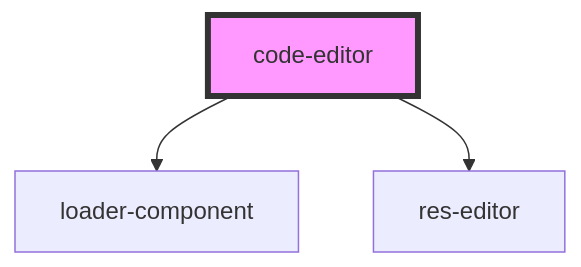
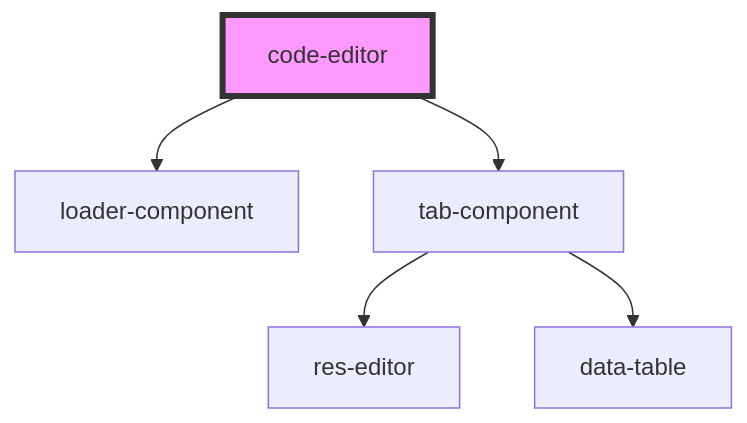
The diagram in src/components/code-editor/readme.md (techvariable/NeptuneConnectComponents), drawn with Mermaid before and after one commit. The commit also changed other lines of this file and 12 other files, not shown here.

````diff
--- a/src/components/code-editor/readme.md
+++ b/src/components/code-editor/readme.md
@@ -24,6 +24,8 @@
 ```mermaid
 graph TD;
   code-editor --> loader-component
-  code-editor --> res-editor
+  code-editor --> tab-component
+  tab-component --> res-editor
+  tab-component --> data-table
   style code-editor fill:#f9f,stroke:#333,stroke-width:4px
 ```
````
